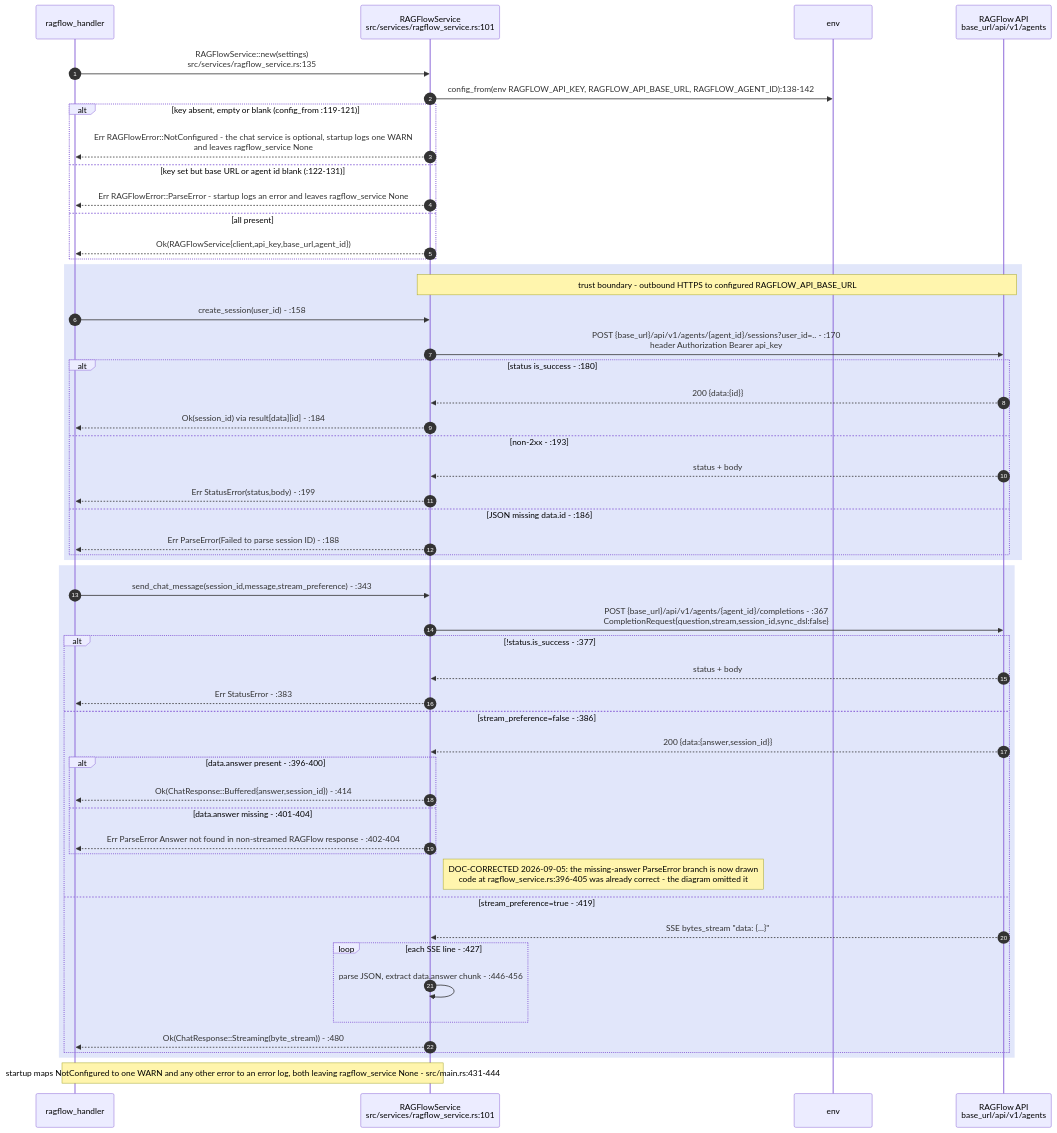
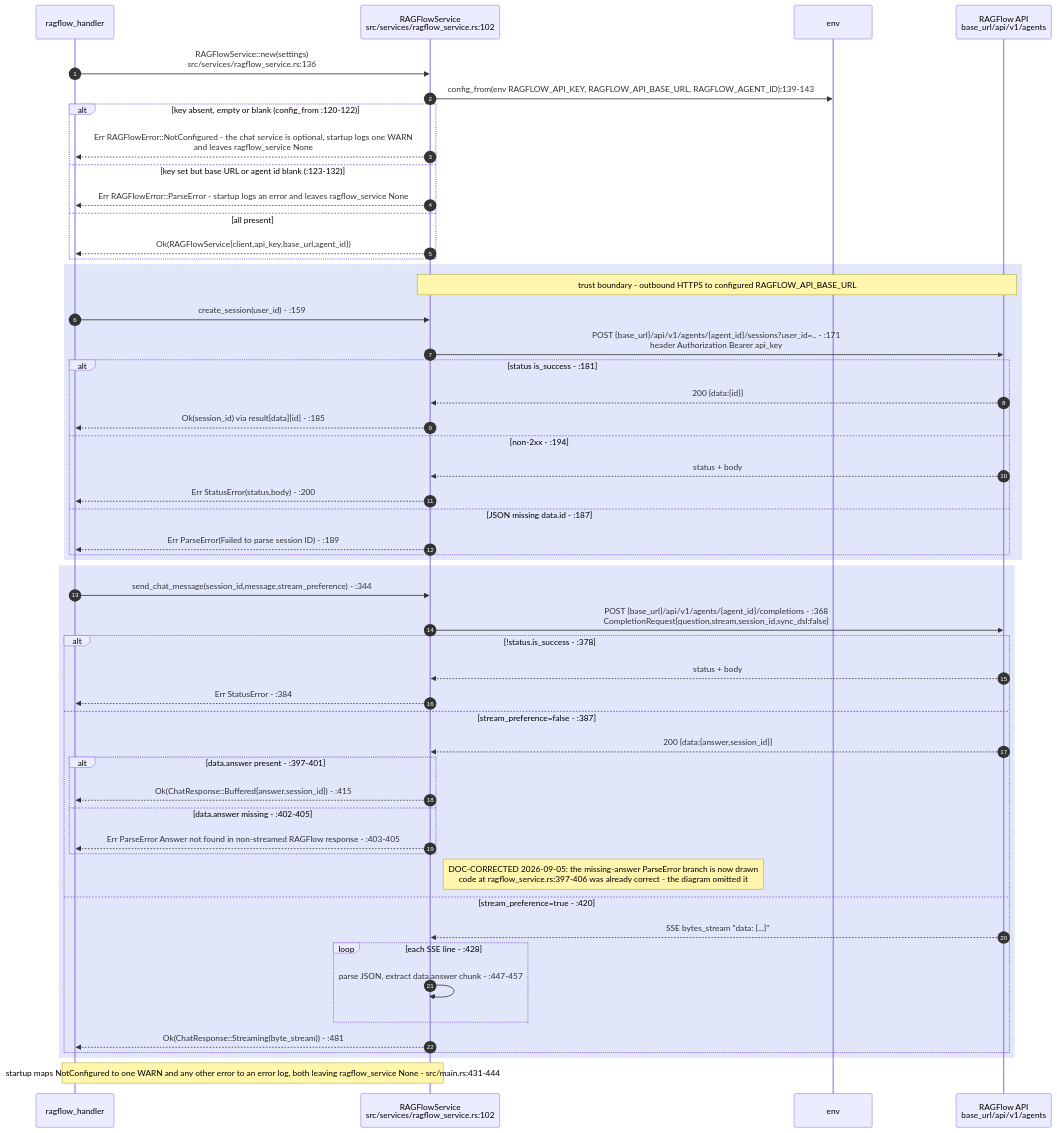
One commit to DreamLab-AI/VisionFlow changed the first of 8 diagrams in docs/diagrams/visionclaw/28-external-services.md. Above: the diagram before and after it, drawn with Mermaid. The commit also changed other lines of this file and 151 other files, not shown here.

````diff
--- a/docs/diagrams/visionclaw/28-external-services.md
+++ b/docs/diagrams/visionclaw/28-external-services.md
@@ -34,57 +34,57 @@
 ```mermaid
 sequenceDiagram
     autonumber
     participant H as ragflow_handler
-    participant RS as RAGFlowService<br/>src/services/ragflow_service.rs:101
+    participant RS as RAGFlowService<br/>src/services/ragflow_service.rs:102
     participant ENV as env
     participant RF as RAGFlow API<br/>base_url/api/v1/agents
 
-    H->>RS: RAGFlowService::new(settings)<br/>src/services/ragflow_service.rs:135
-    RS->>ENV: config_from(env RAGFLOW_API_KEY, RAGFLOW_API_BASE_URL, RAGFLOW_AGENT_ID):138-142
-    alt key absent, empty or blank (config_from :119-121)
+    H->>RS: RAGFlowService::new(settings)<br/>src/services/ragflow_service.rs:136
+    RS->>ENV: config_from(env RAGFLOW_API_KEY, RAGFLOW_API_BASE_URL, RAGFLOW_AGENT_ID):139-143
+    alt key absent, empty or blank (config_from :120-122)
         RS-->>H: Err RAGFlowError::NotConfigured - the chat service is optional, startup logs one WARN<br/>and leaves ragflow_service None
-    else key set but base URL or agent id blank (:122-131)
+    else key set but base URL or agent id blank (:123-132)
         RS-->>H: Err RAGFlowError::ParseError - startup logs an error and leaves ragflow_service None
     else all present
         RS-->>H: Ok(RAGFlowService{client,api_key,base_url,agent_id})
     end
 
     rect rgb(225,230,250)
     Note over RS,RF: trust boundary - outbound HTTPS to configured RAGFLOW_API_BASE_URL
-    H->>RS: create_session(user_id) - :158
-    RS->>RF: POST {base_url}/api/v1/agents/{agent_id}/sessions?user_id=.. - :170<br/>header Authorization Bearer api_key
-    alt status is_success - :180
+    H->>RS: create_session(user_id) - :159
+    RS->>RF: POST {base_url}/api/v1/agents/{agent_id}/sessions?user_id=.. - :171<br/>header Authorization Bearer api_key
+    alt status is_success - :181
         RF-->>RS: 200 {data:{id}}
-        RS-->>H: Ok(session_id) via result[data][id] - :184
-    else non-2xx - :193
+        RS-->>H: Ok(session_id) via result[data][id] - :185
+    else non-2xx - :194
         RF-->>RS: status + body
-        RS-->>H: Err StatusError(status,body) - :199
-    else JSON missing data.id - :186
-        RS-->>H: Err ParseError(Failed to parse session ID) - :188
+        RS-->>H: Err StatusError(status,body) - :200
+    else JSON missing data.id - :187
+        RS-->>H: Err ParseError(Failed to parse session ID) - :189
     end
     end
 
     rect rgb(225,230,250)
-    H->>RS: send_chat_message(session_id,message,stream_preference) - :343
-    RS->>RF: POST {base_url}/api/v1/agents/{agent_id}/completions - :367<br/>CompletionRequest{question,stream,session_id,sync_dsl:false}
-    alt !status.is_success - :377
+    H->>RS: send_chat_message(session_id,message,stream_preference) - :344
+    RS->>RF: POST {base_url}/api/v1/agents/{agent_id}/completions - :368<br/>CompletionRequest{question,stream,session_id,sync_dsl:false}
+    alt !status.is_success - :378
         RF-->>RS: status + body
-        RS-->>H: Err StatusError - :383
-    else stream_preference=false - :386
+        RS-->>H: Err StatusError - :384
+    else stream_preference=false - :387
         RF-->>RS: 200 {data:{answer,session_id}}
-        alt data.answer present - :396-400
-            RS-->>H: Ok(ChatResponse::Buffered{answer,session_id}) - :414
-        else data.answer missing - :401-404
-            RS-->>H: Err ParseError Answer not found in non-streamed RAGFlow response - :402-404
+        alt data.answer present - :397-401
+            RS-->>H: Ok(ChatResponse::Buffered{answer,session_id}) - :415
+        else data.answer missing - :402-405
+            RS-->>H: Err ParseError Answer not found in non-streamed RAGFlow response - :403-405
         end
-        Note right of RS: DOC-CORRECTED 2026-09-05: the missing-answer ParseError branch is now drawn<br/>code at ragflow_service.rs:396-405 was already correct - the diagram omitted it
-    else stream_preference=true - :419
+        Note right of RS: DOC-CORRECTED 2026-09-05: the missing-answer ParseError branch is now drawn<br/>code at ragflow_service.rs:397-406 was already correct - the diagram omitted it
+    else stream_preference=true - :420
         RF-->>RS: SSE bytes_stream "data: {...}"
-        loop each SSE line - :427
-            RS->>RS: parse JSON, extract data.answer chunk - :446-456
+        loop each SSE line - :428
+            RS->>RS: parse JSON, extract data.answer chunk - :447-457
         end
-        RS-->>H: Ok(ChatResponse::Streaming(byte_stream)) - :480
+        RS-->>H: Ok(ChatResponse::Streaming(byte_stream)) - :481
     end
     end
     Note over H,RS: startup maps NotConfigured to one WARN and any other error to an error log, both leaving ragflow_service None - src/main.rs:431-444
 ```
````
